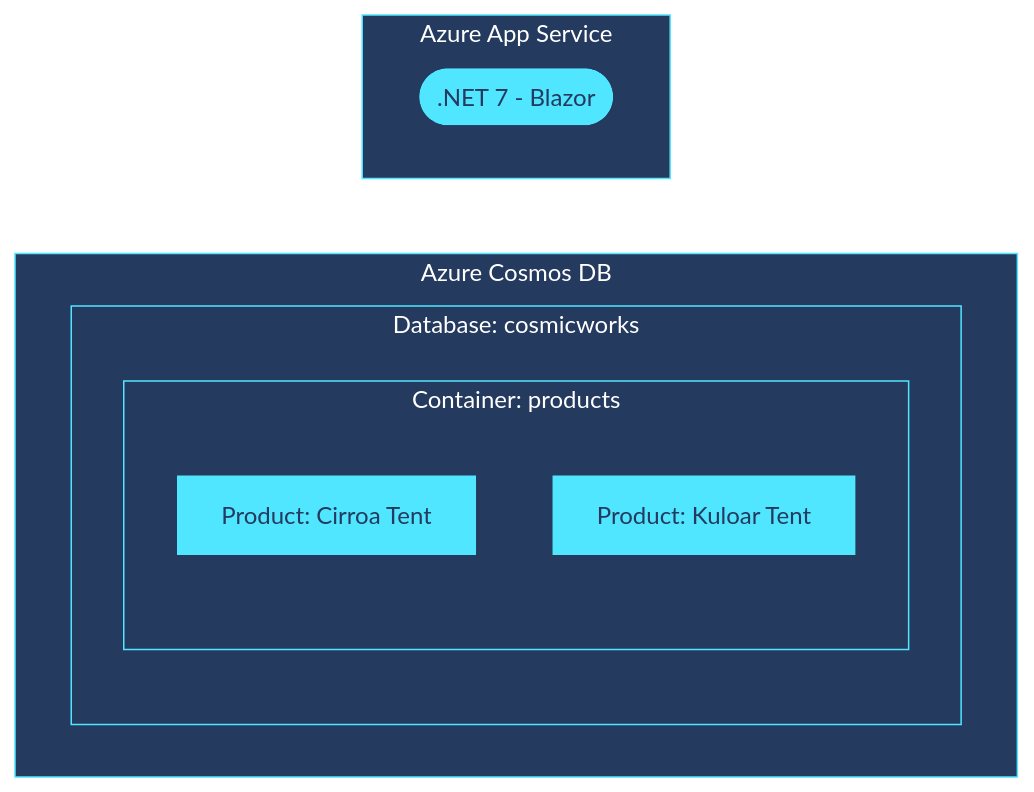
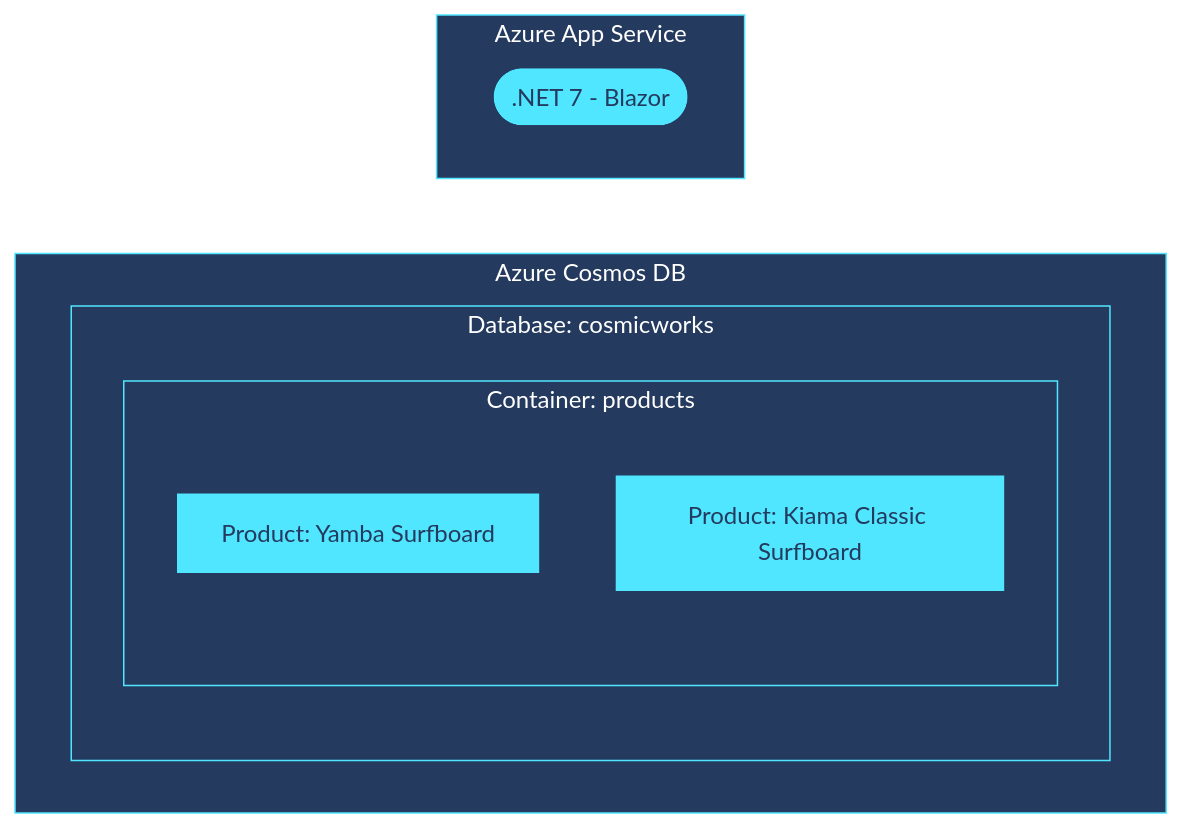
The diagram in readme.md (Azure-Samples/cosmos-db-nosql-dotnet-quickstart), drawn with Mermaid before and after one commit.

````diff
--- a/readme.md
+++ b/readme.md
@@ -48,16 +48,16 @@
 ```mermaid
 %%{ init: { 'theme': 'base', 'themeVariables': { 'background': '#243A5E', 'primaryColor': '#50E6FF', 'primaryBorderColor': '#243A5E', 'tertiaryBorderColor': '#50E6FF', 'tertiaryColor': '#243A5E', 'fontFamily': 'Segoe UI', 'lineColor': '#FFFFFF', 'primaryTextColor': '#243A5E', 'tertiaryTextColor': '#FFFFFF' } }}%%
 flowchart TB
     subgraph app-service[Azure App Service]
         app-framework([.NET 7 - Blazor])
     end
     subgraph cosmos-db[Azure Cosmos DB]
         subgraph database-cosmicworks[Database: cosmicworks]
             subgraph container-products[Container: products]
-                prd-cirroa[Product: Cirroa Tent]
-                prd-kuloar[Product: Kuloar Tent]
+                prd-yamba[Product: Yamba Surfboard]
+                prd-kiama-classic[Product: Kiama Classic Surfboard]
             end
         end
     end
     app-service --> cosmos-db
 ```
````
